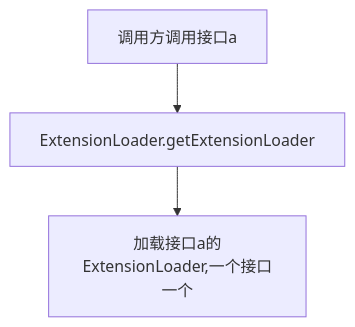
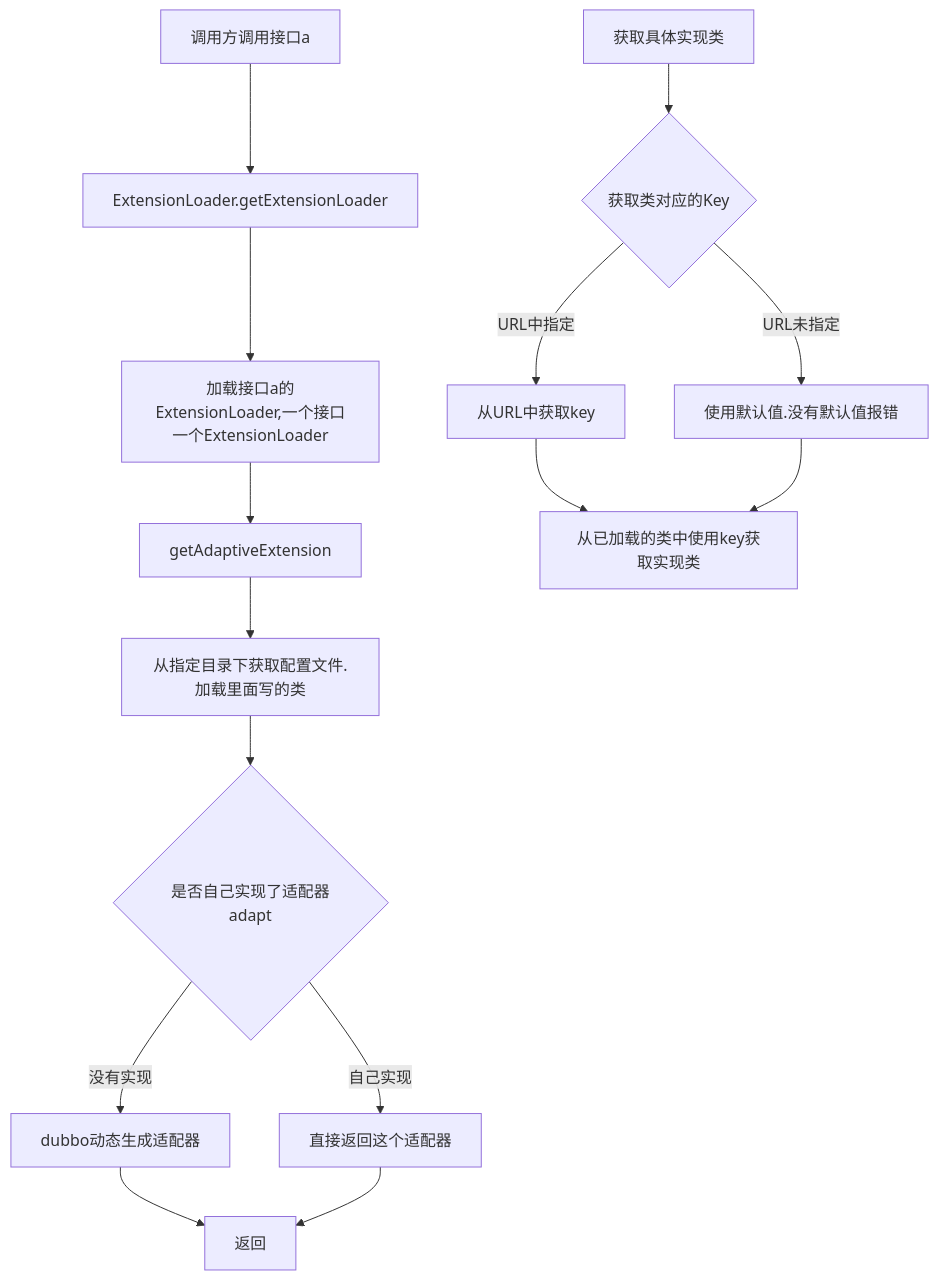
The diagram in docs/dubbo/SPI.md (lihongli24/my_Knowledge_notes), drawn with Mermaid before and after one commit. The commit also changed other lines of this file and 1 other file, not shown here.

````diff
--- a/docs/dubbo/SPI.md
+++ b/docs/dubbo/SPI.md
@@ -569,5 +569,19 @@
 ```mermaid
 graph TB
 1[调用方调用接口a] --> 2[ExtensionLoader.getExtensionLoader]
-2 --> 3[加载接口a的ExtensionLoader,一个接口一个]
+2 --> 3[加载接口a的ExtensionLoader,一个接口一个ExtensionLoader]
+3 --> 4[getAdaptiveExtension]
+4 --> 5[从指定目录下获取配置文件.加载里面写的类]
+5 --> 6{是否自己实现了适配器adapt}
+6 -->|自己实现| 7[直接返回这个适配器]
+6 -->|没有实现| 8[dubbo动态生成适配器]
+8 --> 9[返回]
+7 --> 9
+
+10[获取具体实现类] --> 11{获取类对应的Key}
+11 -->|URL未指定|12[使用默认值.没有默认值报错]
+11 -->|URL中指定|13[从URL中获取key]
+13 --> 14[从已加载的类中使用key获取实现类]
+12 --> 14
+
 ```
````
